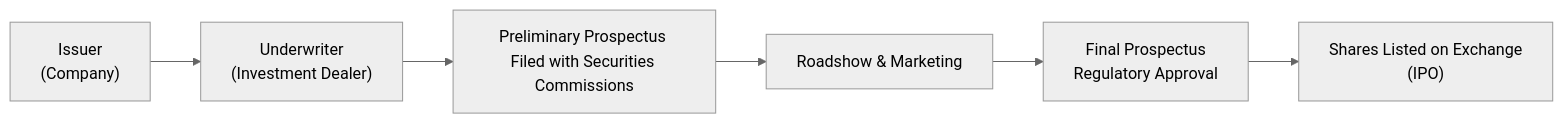
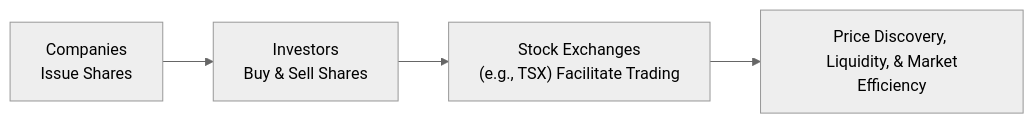
Before and after one commit to MasteryEducation/SecuritiesExamsMastery.ca: the diagram in content/ifc/7/4/index.md, drawn with Mermaid (neutral theme). The commit also changed other lines of this file and 130 other files, not shown here.

````diff
--- a/content/ifc/7/4/index.md
+++ b/content/ifc/7/4/index.md
@@ -72,8 +108,6 @@
 ```mermaid
 flowchart LR
-    A["Issuer <br/>(Company)"] --> B["Underwriter <br/>(Investment Dealer)"]
-    B --> C["Preliminary Prospectus <br/>Filed with Securities Commissions"]
-    C --> D["Roadshow & Marketing"]
-    D --> E["Final Prospectus <br/>Regulatory Approval"]
-    E --> F["Shares Listed on Exchange <br/>(IPO)"]
+    A["Companies <br/> Issue Shares"] --> B["Investors <br/> Buy & Sell Shares"]
+    B --> C["Stock Exchanges <br/> (e.g., TSX) Facilitate Trading"]
+    C --> D["Price Discovery, <br/> Liquidity, & Market Efficiency"]
 ```
````
